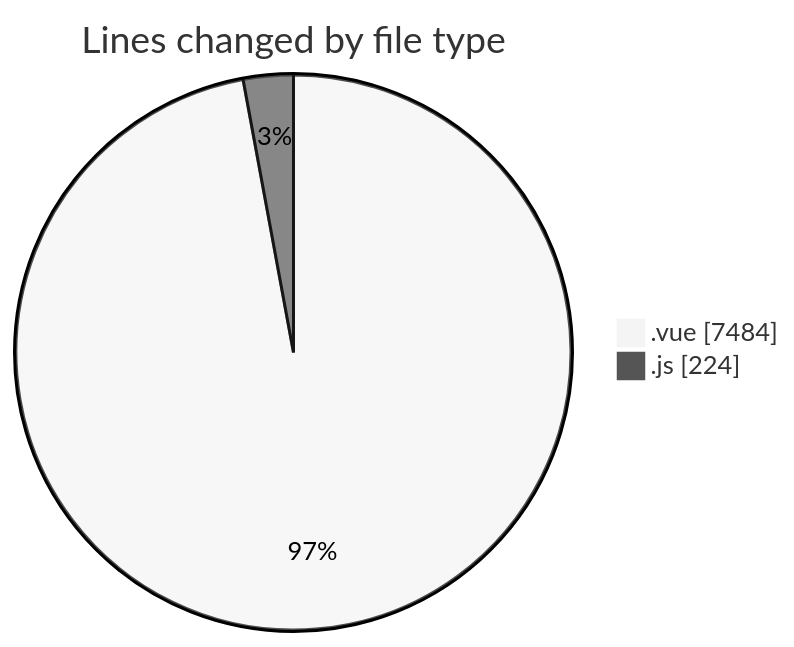
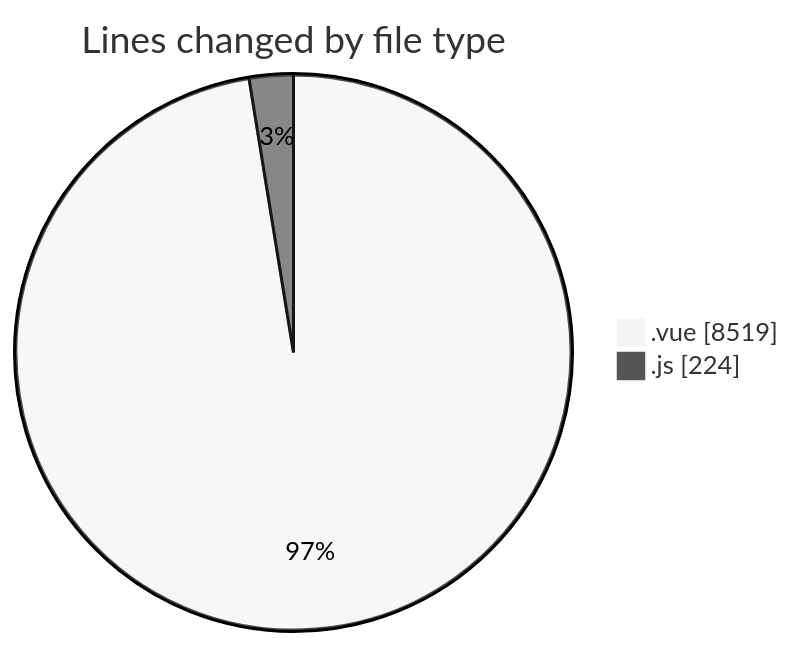
The first of 2 diagrams in 2025-08-14/rentotp/README.md (lephambinh05/code-tracking), drawn with Mermaid (neutral theme) before and after one commit. The commit also changed other lines of this file and 1 other file, not shown here.

````diff
--- a/2025-08-14/rentotp/README.md
+++ b/2025-08-14/rentotp/README.md
@@ -25,6 +25,6 @@
 ```mermaid
 pie showData
 title Lines changed by file type
-".vue" : 7484
+".vue" : 8519
 ".js" : 224
 ```
````
